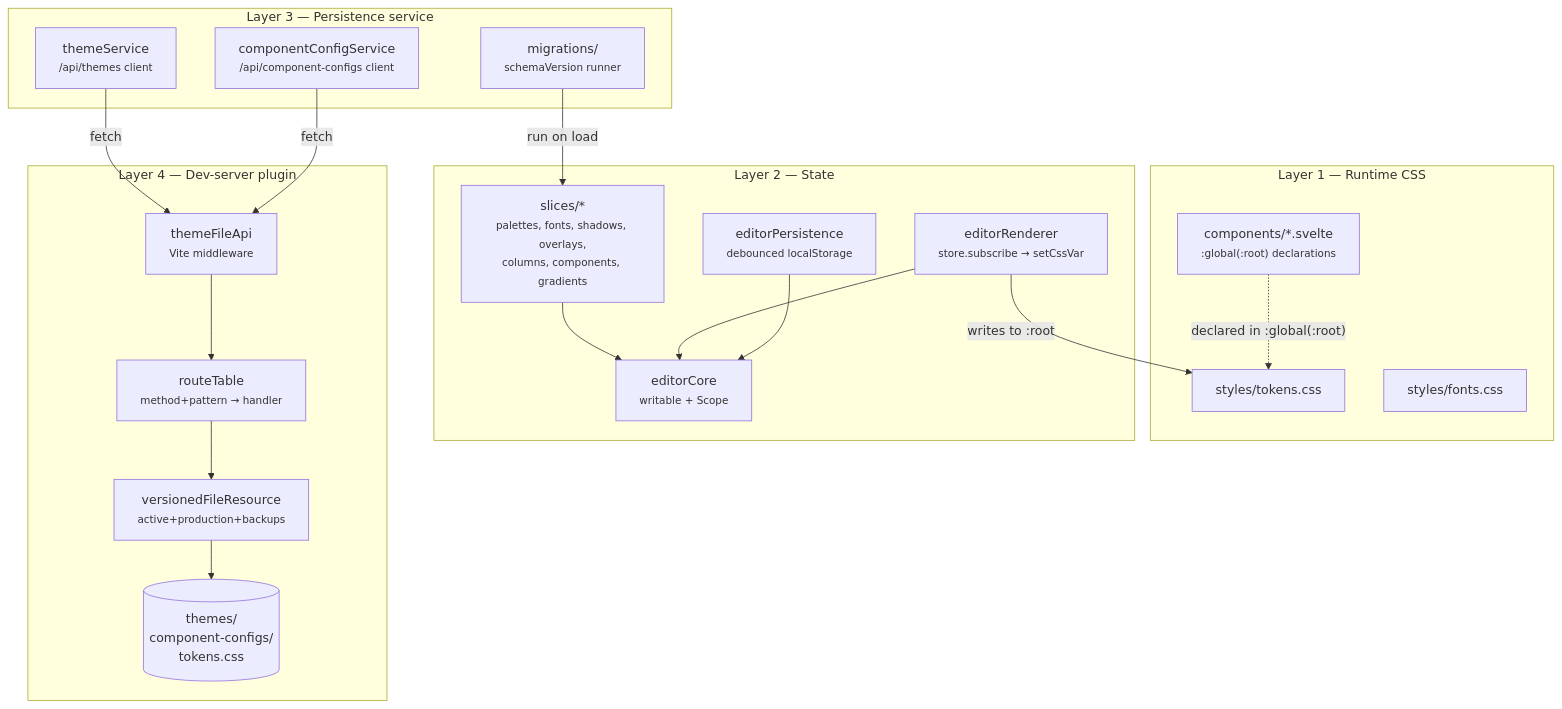
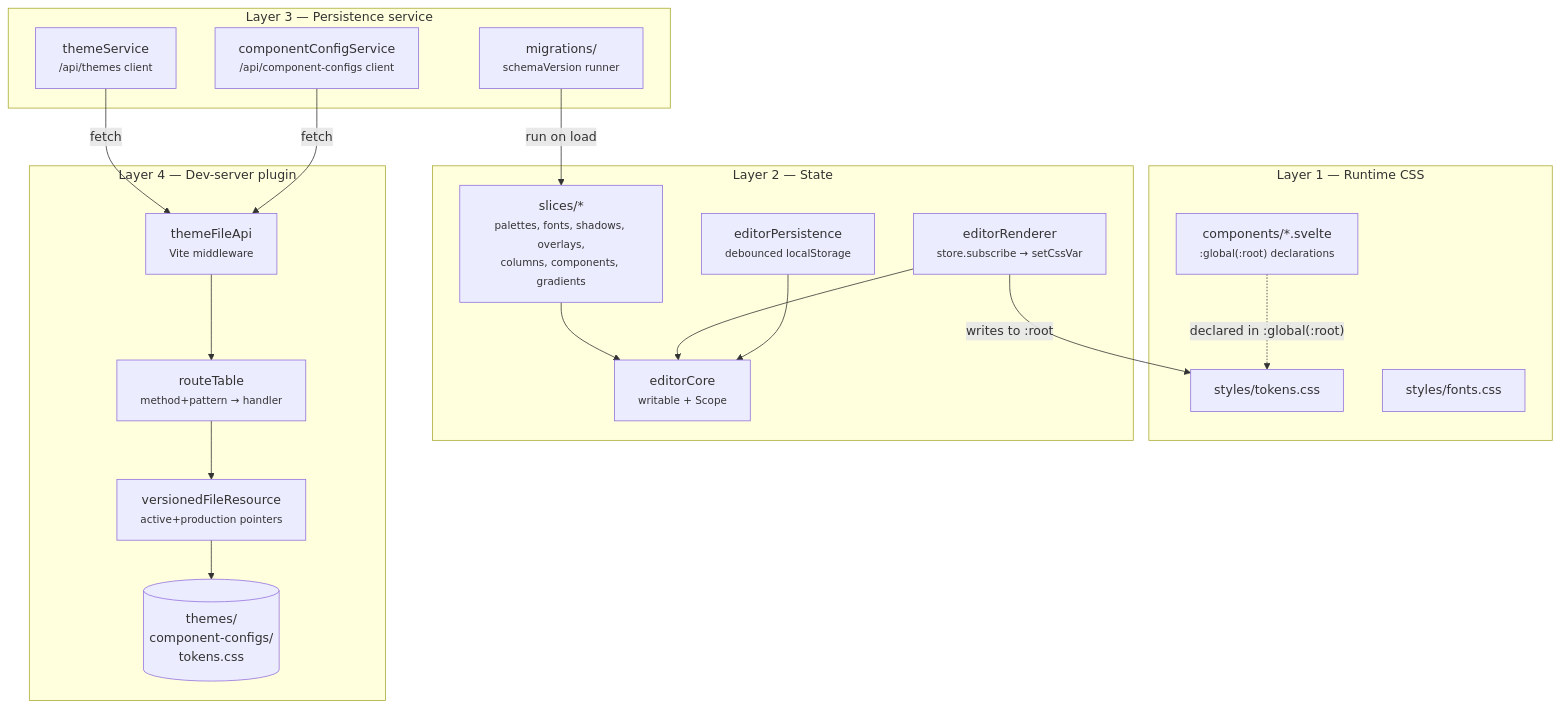
Before and after one commit to motionproto/live-tokens: the first of 6 diagrams in docs/02-architecture.md, drawn with Mermaid. The commit also changed other lines of this file and 65 other files, not shown here.

````diff
--- a/docs/02-architecture.md
+++ b/docs/02-architecture.md
@@ -8,38 +8,38 @@
 ```mermaid
 flowchart TB
     subgraph L1["Layer 1 — Runtime CSS"]
         TokensCss[styles/tokens.css]
         FontsCss[styles/fonts.css]
         Components["components/*.svelte<br/><small>:global(:root) declarations</small>"]
     end
 
     subgraph L2["Layer 2 — State"]
         Core["editorCore<br/><small>writable + Scope</small>"]
         Slices["slices/*<br/><small>palettes, fonts, shadows, overlays,<br/>columns, components, gradients</small>"]
         Persist["editorPersistence<br/><small>debounced localStorage</small>"]
         Renderer["editorRenderer<br/><small>store.subscribe → setCssVar</small>"]
     end
 
     subgraph L3["Layer 3 — Persistence service"]
         ThemeSvc["themeService<br/><small>/api/themes client</small>"]
         CompSvc["componentConfigService<br/><small>/api/component-configs client</small>"]
         Migrations["migrations/<br/><small>schemaVersion runner</small>"]
     end
 
     subgraph L4["Layer 4 — Dev-server plugin"]
         Plugin["themeFileApi<br/><small>Vite middleware</small>"]
         Routes["routeTable<br/><small>method+pattern → handler</small>"]
-        VFR["versionedFileResource<br/><small>active+production+backups</small>"]
+        VFR["versionedFileResource<br/><small>active+production pointers</small>"]
         FS[("themes/<br/>component-configs/<br/>tokens.css")]
     end
 
     Components -. declared in :global(:root) .-> TokensCss
     Slices --> Core
     Renderer --> Core
     Renderer -- writes to :root --> TokensCss
     Persist --> Core
     ThemeSvc -- fetch --> Plugin
     CompSvc -- fetch --> Plugin
     Migrations -- run on load --> Slices
     Plugin --> Routes --> VFR --> FS
 ```
````
